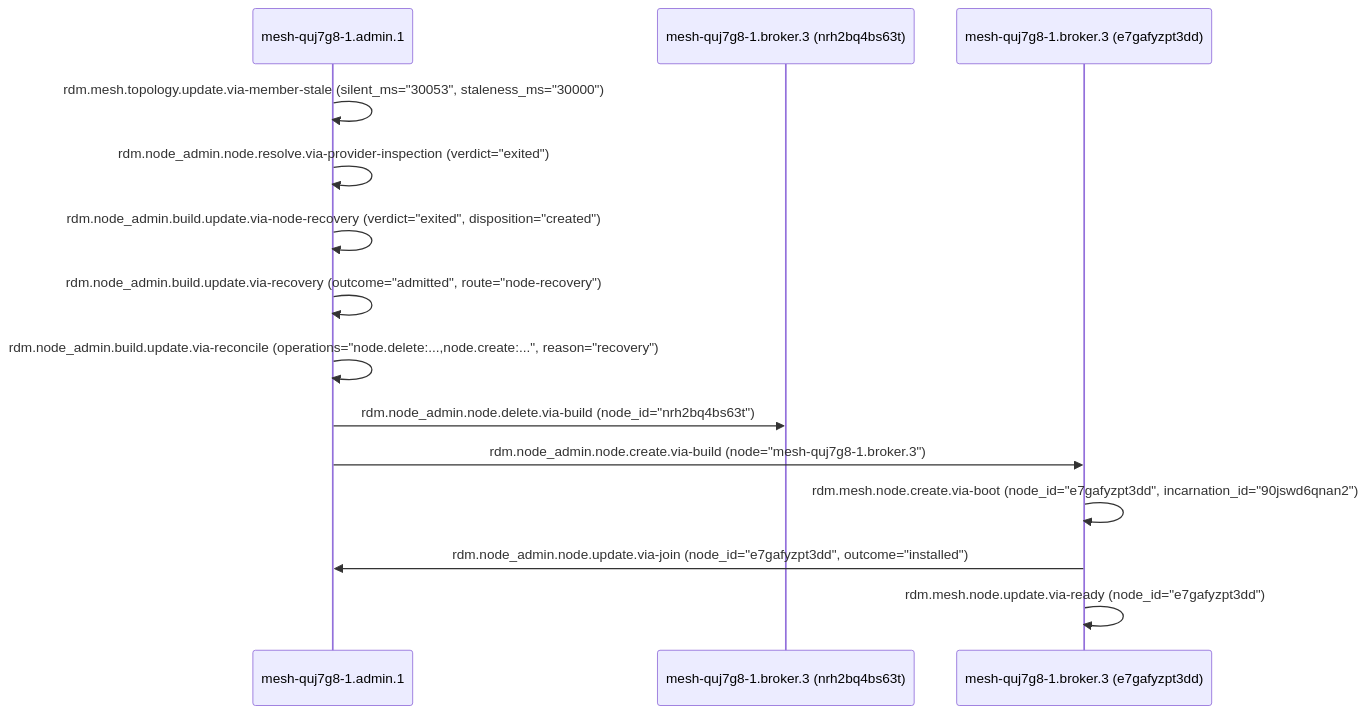
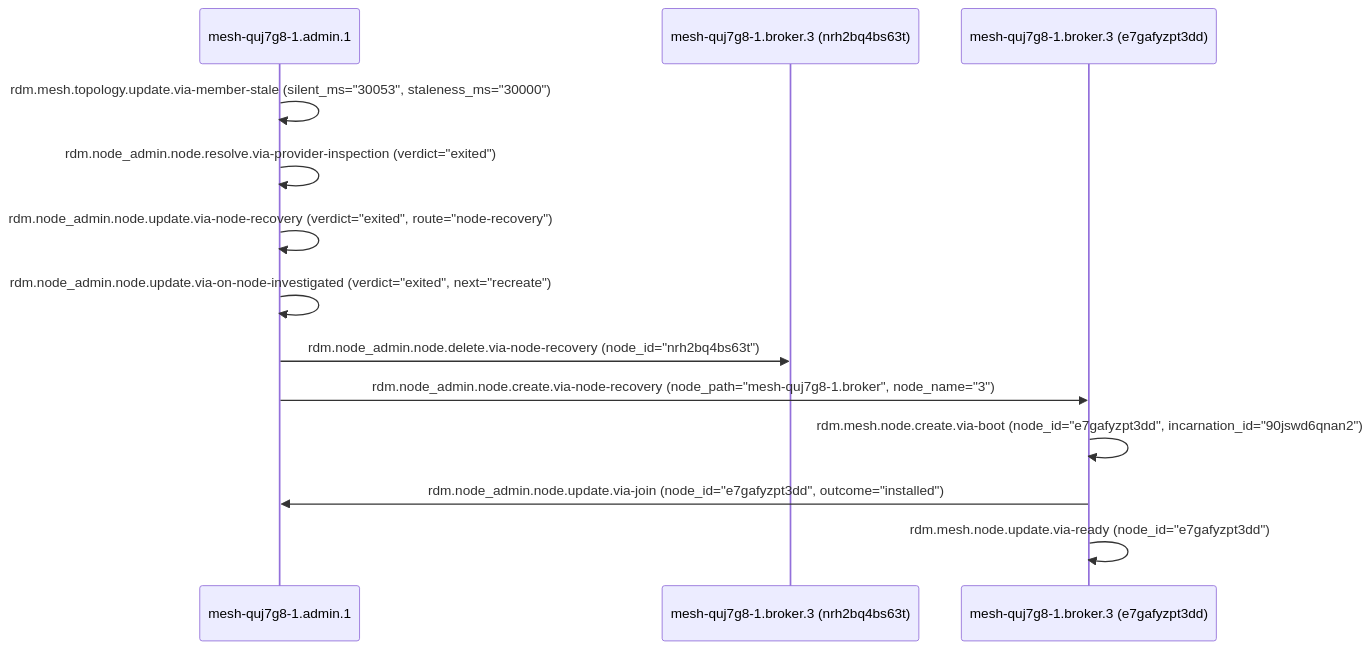
Before and after one commit to drlukeangel/rust-distributed-mesh: the second of 3 diagrams in docs/eng/tour.md, drawn with Mermaid. The commit also changed other lines of this file and 197 other files, not shown here.

````diff
--- a/docs/eng/tour.md
+++ b/docs/eng/tour.md
@@ -271,17 +214,16 @@
 ```mermaid
 sequenceDiagram
     participant A1 as mesh-quj7g8-1.admin.1
     participant B3_old as mesh-quj7g8-1.broker.3 (nrh2bq4bs63t)
     participant B3_new as mesh-quj7g8-1.broker.3 (e7gafyzpt3dd)
 
     A1->>A1: rdm.mesh.topology.update.via-member-stale (silent_ms="30053", staleness_ms="30000")
     A1->>A1: rdm.node_admin.node.resolve.via-provider-inspection (verdict="exited")
-    A1->>A1: rdm.node_admin.build.update.via-node-recovery (verdict="exited", disposition="created")
-    A1->>A1: rdm.node_admin.build.update.via-recovery (outcome="admitted", route="node-recovery")
-    A1->>A1: rdm.node_admin.build.update.via-reconcile (operations="node.delete:...,node.create:...", reason="recovery")
-    A1->>B3_old: rdm.node_admin.node.delete.via-build (node_id="nrh2bq4bs63t")
-    A1->>B3_new: rdm.node_admin.node.create.via-build (node="mesh-quj7g8-1.broker.3")
+    A1->>A1: rdm.node_admin.node.update.via-node-recovery (verdict="exited", route="node-recovery")
+    A1->>A1: rdm.node_admin.node.update.via-on-node-investigated (verdict="exited", next="recreate")
+    A1->>B3_old: rdm.node_admin.node.delete.via-node-recovery (node_id="nrh2bq4bs63t")
+    A1->>B3_new: rdm.node_admin.node.create.via-node-recovery (node_path="mesh-quj7g8-1.broker", node_name="3")
     B3_new->>B3_new: rdm.mesh.node.create.via-boot (node_id="e7gafyzpt3dd", incarnation_id="90jswd6qnan2")
     B3_new->>A1: rdm.node_admin.node.update.via-join (node_id="e7gafyzpt3dd", outcome="installed")
     B3_new->>B3_new: rdm.mesh.node.update.via-ready (node_id="e7gafyzpt3dd")
 ```
````
